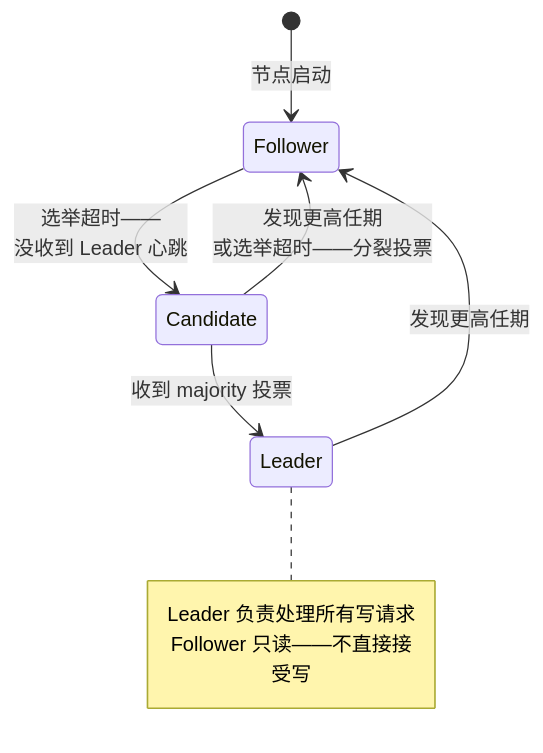
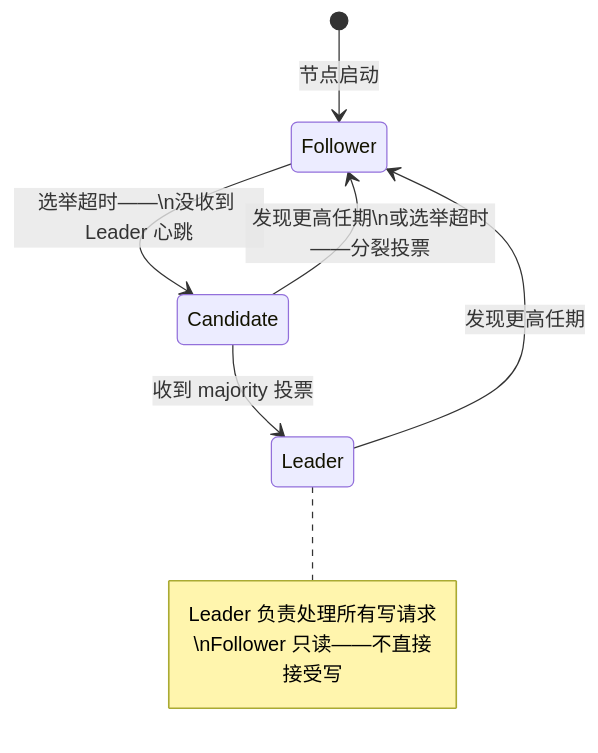
Before and after one commit to yaocat55/yaocat55.github.io: the second of 6 diagrams in content/posts/distributed-algorithms/RaftElectionAndHeartbeat.md, drawn with Mermaid. The commit also changed other lines of this file and 155 other files, not shown here.

````diff
--- a/content/posts/distributed-algorithms/RaftElectionAndHeartbeat.md
+++ b/content/posts/distributed-algorithms/RaftElectionAndHeartbeat.md
@@ -121,12 +121,12 @@
 ```mermaid
 stateDiagram-v2
     [*] --> Follower: 节点启动
 
-    Follower --> Candidate: 选举超时——<br/>没收到 Leader 心跳
+    Follower --> Candidate: 选举超时——\n没收到 Leader 心跳
     Candidate --> Leader: 收到 majority 投票
 
-    Candidate --> Follower: 发现更高任期<br/>或选举超时——分裂投票
+    Candidate --> Follower: 发现更高任期\n或选举超时——分裂投票
     Leader --> Follower: 发现更高任期
 
-    note right of Leader: Leader 负责处理所有写请求<br/>Follower 只读——不直接接受写
+    note right of Leader: Leader 负责处理所有写请求\nFollower 只读——不直接接受写
 ```
````
